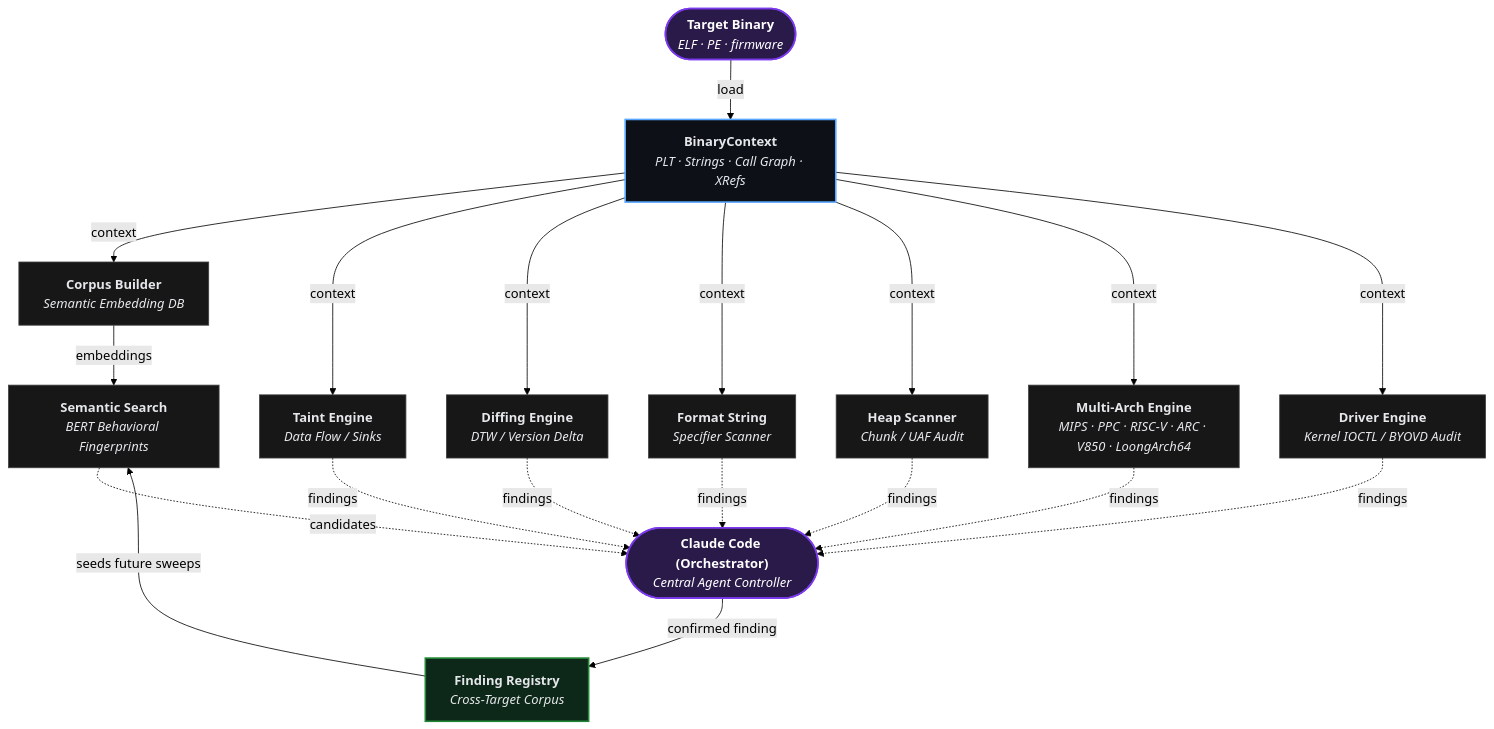
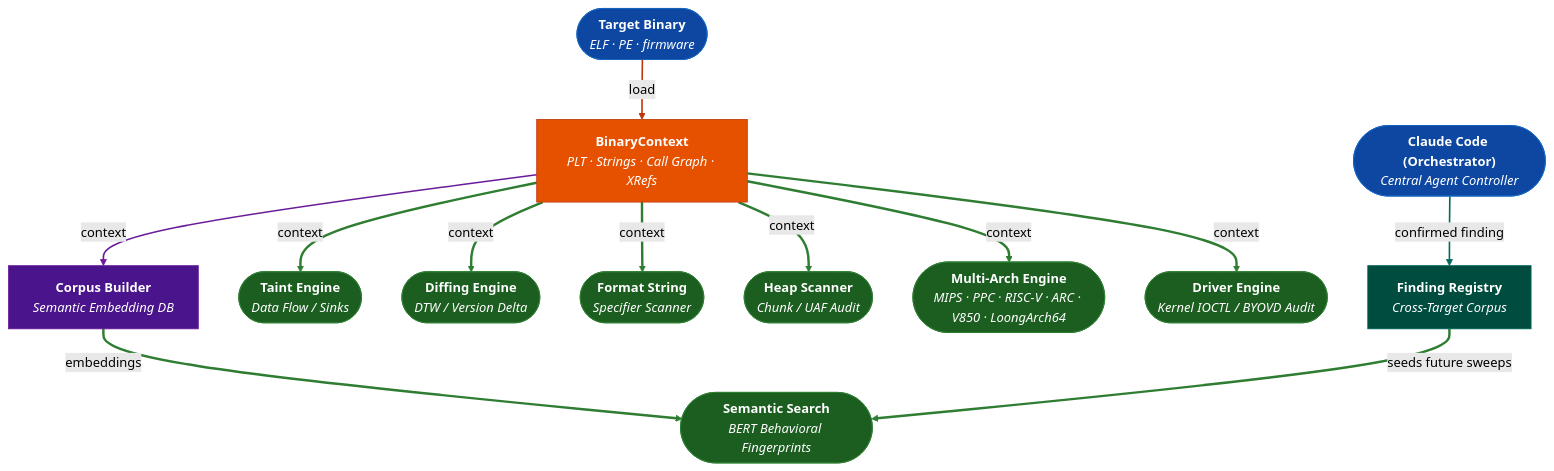
One commit to Ablation-Tool/ablation changed the first of 2 diagrams in docs/i18n/ar/README.md. Above: the diagram before and after it, drawn with Mermaid (forest theme). The commit also changed other lines of this file and 320 other files, not shown here.

First line of the commit message:
docs: apply canonical Mermaid template to all 321 diagrams

````diff
--- a/docs/i18n/ar/README.md
+++ b/docs/i18n/ar/README.md
@@ -154,37 +154,44 @@
 ```mermaid
 flowchart TD
-    Binary(["<b>Target Binary</b><br/><i>ELF · PE · firmware</i>"])
-    Claude(["<b>Claude Code (Orchestrator)</b><br/><i>Central Agent Controller</i>"])
+    Binary(["<b>Target Binary</b><br/><i>ELF · PE · firmware</i>"]):::input
+    Claude(["<b>Claude Code (Orchestrator)</b><br/><i>Central Agent Controller</i>"]):::input
 
-    Binary -->|"load"| BCtx["<b>BinaryContext</b><br/><i>PLT · Strings · Call Graph · XRefs</i>"]
-    BCtx -->|"context"| Corpus["<b>Corpus Builder</b><br/><i>Semantic Embedding DB</i>"]
-    BCtx -->|"context"| Taint["<b>Taint Engine</b><br/><i>Data Flow / Sinks</i>"]
-    BCtx -->|"context"| Diffing["<b>Diffing Engine</b><br/><i>DTW / Version Delta</i>"]
-    BCtx -->|"context"| FmtStr["<b>Format String</b><br/><i>Specifier Scanner</i>"]
-    BCtx -->|"context"| Heap["<b>Heap Scanner</b><br/><i>Chunk / UAF Audit</i>"]
-    BCtx -->|"context"| MultiArch["<b>Multi-Arch Engine</b><br/><i>MIPS · PPC · RISC-V · ARC · V850 · LoongArch64</i>"]
-    BCtx -->|"context"| Driver["<b>Driver Engine</b><br/><i>Kernel IOCTL / BYOVD Audit</i>"]
+    Binary:::input -->|"load"| BCtx["<b>BinaryContext</b><br/><i>PLT · Strings · Call Graph · XRefs</i>"]:::primary
+    BCtx:::primary -->|"context"| Corpus["<b>Corpus Builder</b><br/><i>Semantic Embedding DB</i>"]:::tertiary
+    BCtx:::primary -->|"context"| Taint(["<b>Taint Engine</b><br/><i>Data Flow / Sinks</i>"]):::output
+    BCtx:::primary -->|"context"| Diffing(["<b>Diffing Engine</b><br/><i>DTW / Version Delta</i>"]):::output
+    BCtx:::primary -->|"context"| FmtStr(["<b>Format String</b><br/><i>Specifier Scanner</i>"]):::output
+    BCtx:::primary -->|"context"| Heap(["<b>Heap Scanner</b><br/><i>Chunk / UAF Audit</i>"]):::output
+    BCtx:::primary -->|"context"| MultiArch(["<b>Multi-Arch Engine</b><br/><i>MIPS · PPC · RISC-V · ARC · V850 · LoongArch64</i>"]):::output
+    BCtx:::primary -->|"context"| Driver(["<b>Driver Engine</b><br/><i>Kernel IOCTL / BYOVD Audit</i>"]):::output
 
-    Corpus -->|"embeddings"| Semantic["<b>Semantic Search</b><br/><i>BERT Behavioral Fingerprints</i>"]
+    Corpus:::tertiary -->|"embeddings"| Semantic(["<b>Semantic Search</b><br/><i>BERT Behavioral Fingerprints</i>"]):::output
 
-    Semantic -. "candidates" .-> Claude
-    Taint -. "findings" .-> Claude
-    Diffing -. "findings" .-> Claude
-    FmtStr -. "findings" .-> Claude
-    Heap -. "findings" .-> Claude
-    MultiArch -. "findings" .-> Claude
-    Driver -. "findings" .-> Claude
+    Semantic:::output
+    Taint:::output
+    Diffing:::output
+    FmtStr:::output
+    Heap:::output
+    MultiArch:::output
+    Driver:::output
 
-    Claude -->|"confirmed finding"| Registry["<b>Finding Registry</b><br/><i>Cross-Target Corpus</i>"]
-    Registry -->|"seeds future sweeps"| Semantic
-
-    classDef primary fill:#2a1a4a,stroke:#7c3aed,stroke-width:2px,color:#fff
-    classDef foundation fill:#0d1117,stroke:#58a6ff,stroke-width:2px,color:#e5e7eb
-    classDef engine fill:#171717,stroke:#404040,stroke-width:1px,color:#e5e7eb
-    classDef feedback fill:#0d2818,stroke:#238636,stroke-width:2px,color:#e5e7eb
-
-    class Claude,Binary primary
-    class BCtx foundation
-    class Corpus,Semantic,Taint,Diffing,FmtStr,Heap,MultiArch,Driver engine
-    class Registry feedback
+    Claude:::input -->|"confirmed finding"| Registry["<b>Finding Registry</b><br/><i>Cross-Target Corpus</i>"]:::secondary
+    Registry:::secondary -->|"seeds future sweeps"| Semantic:::output
+    classDef input     fill:#0d47a1,stroke:#1565c0,color:#fff
+    classDef primary   fill:#e65100,stroke:#bf360c,color:#fff
+    classDef secondary fill:#004d40,stroke:#00695c,color:#fff
+    classDef tertiary  fill:#4a148c,stroke:#6a1b9a,color:#fff
+    classDef neutral   fill:#37474f,stroke:#546e7a,color:#fff
+    classDef output    fill:#1b5e20,stroke:#2e7d32,color:#fff
+    linkStyle 0 stroke:#bf360c,stroke-width:2px
+    linkStyle 1 stroke:#6a1b9a,stroke-width:2px
+    linkStyle 2 stroke:#2e7d32,stroke-width:3px
+    linkStyle 3 stroke:#2e7d32,stroke-width:3px
+    linkStyle 4 stroke:#2e7d32,stroke-width:3px
+    linkStyle 5 stroke:#2e7d32,stroke-width:3px
+    linkStyle 6 stroke:#2e7d32,stroke-width:3px
+    linkStyle 7 stroke:#2e7d32,stroke-width:3px
+    linkStyle 8 stroke:#2e7d32,stroke-width:3px
+    linkStyle 9 stroke:#00695c,stroke-width:2px
+    linkStyle 10 stroke:#2e7d32,stroke-width:3px
 ```
````
